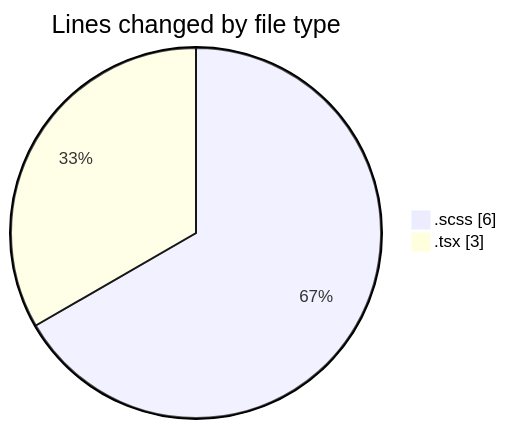
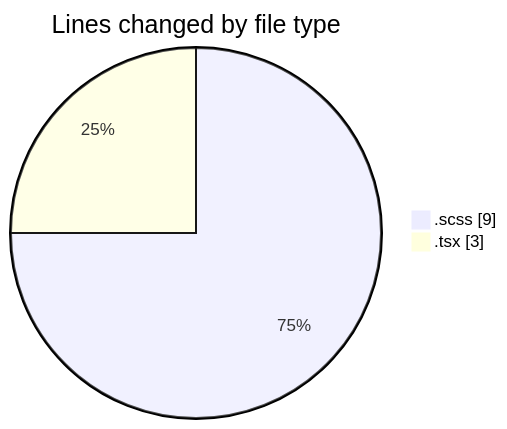
The first of 2 diagrams in 2026-08-10/cda/README.md (momahboobian/code-tracking), drawn with Mermaid before and after one commit. The commit also changed other lines of this file and 1 other file, not shown here.

````diff
--- a/2026-08-10/cda/README.md
+++ b/2026-08-10/cda/README.md
@@ -21,6 +21,6 @@
 ```mermaid
 pie showData
 title Lines changed by file type
-".scss" : 6
+".scss" : 9
 ".tsx" : 3
 ```
````
